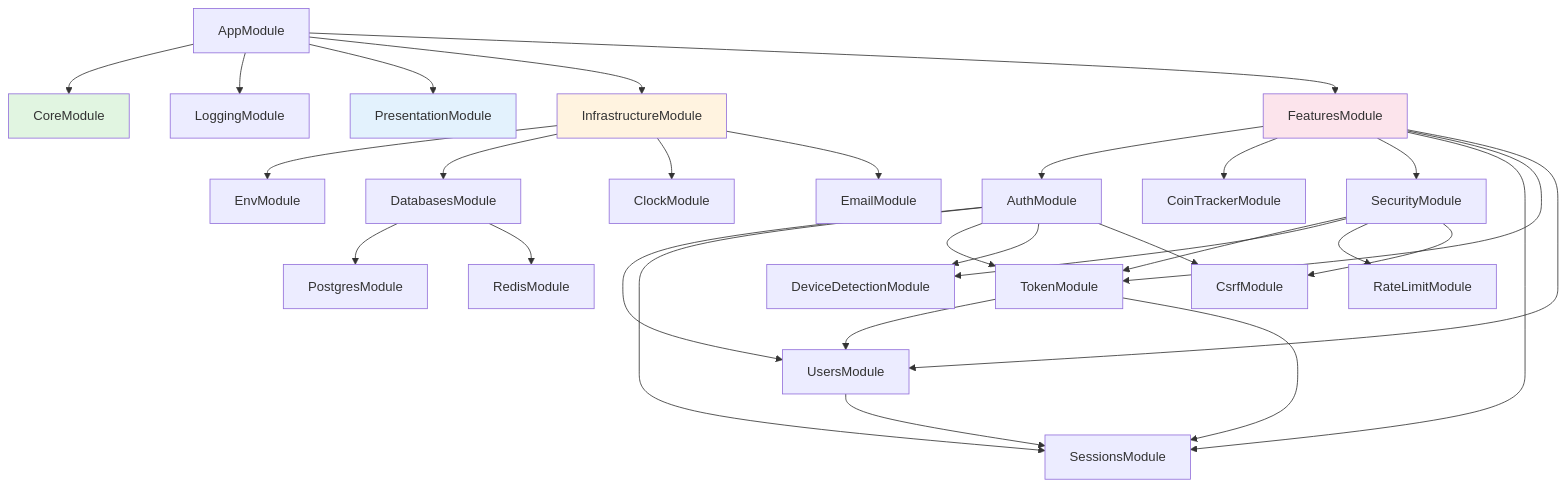
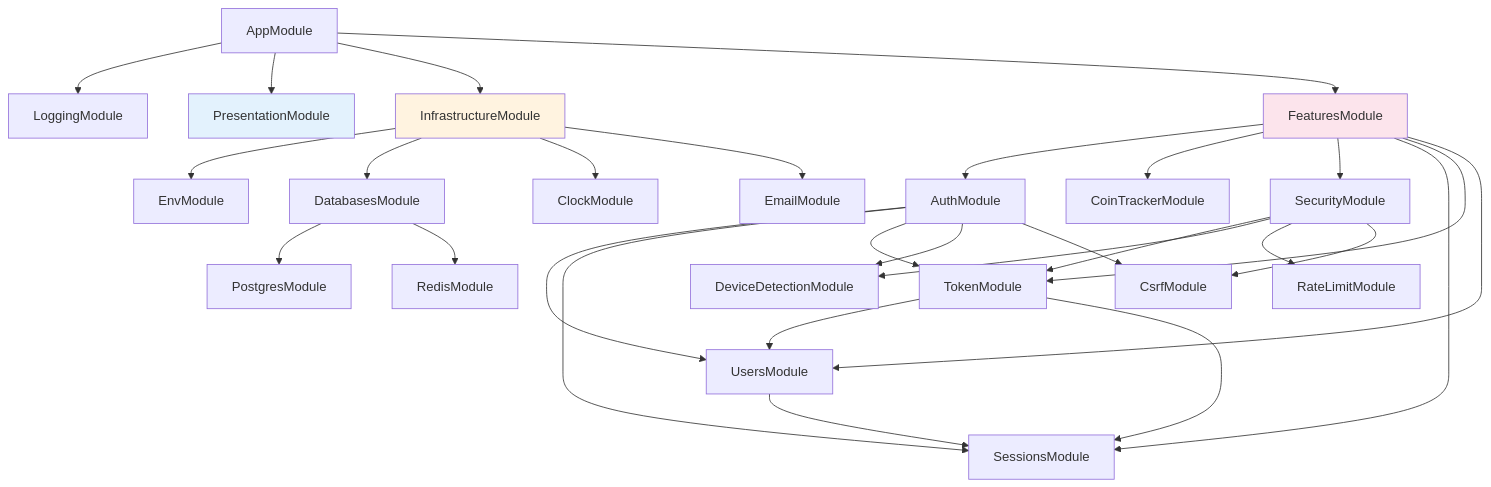
The first of 7 diagrams in docs/diagrams.md (l1mindr/nest-backend), drawn with Mermaid before and after one commit. The commit also changed other lines of this file and 18 other files, not shown here.

````diff
--- a/docs/diagrams.md
+++ b/docs/diagrams.md
@@ -5,44 +5,42 @@
 ```mermaid
 graph TB
-    AppModule --> CoreModule
     AppModule --> LoggingModule
     AppModule --> PresentationModule
     AppModule --> InfrastructureModule
     AppModule --> FeaturesModule
 
     InfrastructureModule --> EnvModule
     InfrastructureModule --> DatabasesModule
     InfrastructureModule --> ClockModule
     InfrastructureModule --> EmailModule
 
     DatabasesModule --> PostgresModule
     DatabasesModule --> RedisModule
 
     FeaturesModule --> AuthModule
     FeaturesModule --> CoinTrackerModule
     FeaturesModule --> SecurityModule
     FeaturesModule --> SessionsModule
     FeaturesModule --> TokenModule
     FeaturesModule --> UsersModule
 
     AuthModule --> UsersModule
     AuthModule --> SessionsModule
     AuthModule --> TokenModule
     AuthModule --> DeviceDetectionModule
     AuthModule --> CsrfModule
 
     TokenModule --> UsersModule
     TokenModule --> SessionsModule
 
     SecurityModule --> TokenModule
     SecurityModule --> DeviceDetectionModule
     SecurityModule --> RateLimitModule
     SecurityModule --> CsrfModule
 
     UsersModule --> SessionsModule
 
-    style CoreModule fill:#e1f5e1
     style PresentationModule fill:#e3f2fd
     style InfrastructureModule fill:#fff3e0
     style FeaturesModule fill:#fce4ec
 ```
````
